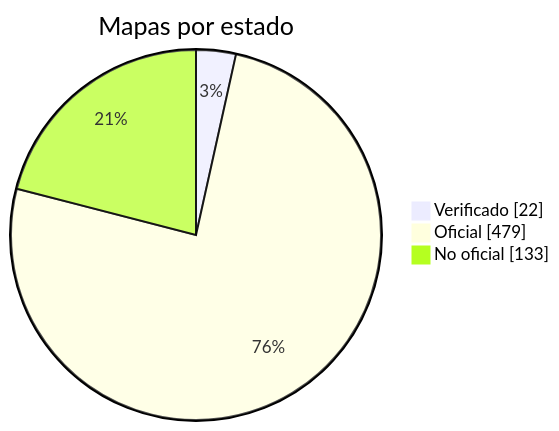
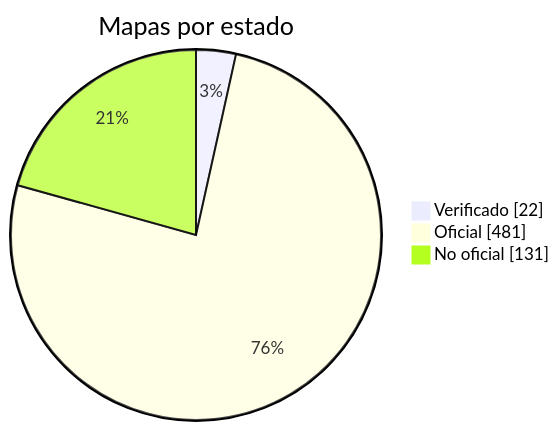
Before and after one commit to nobrega8/mbmap-library: the diagram in docs/readme/README_ES.md, drawn with Mermaid. The commit also changed 7 other files, not shown here.

````diff
--- a/docs/readme/README_ES.md
+++ b/docs/readme/README_ES.md
@@ -54,7 +54,7 @@
 ```mermaid
 pie showData
     title Mapas por estado
     "Verificado" : 22
-    "Oficial" : 479
-    "No oficial" : 133
+    "Oficial" : 481
+    "No oficial" : 131
 ```
````
